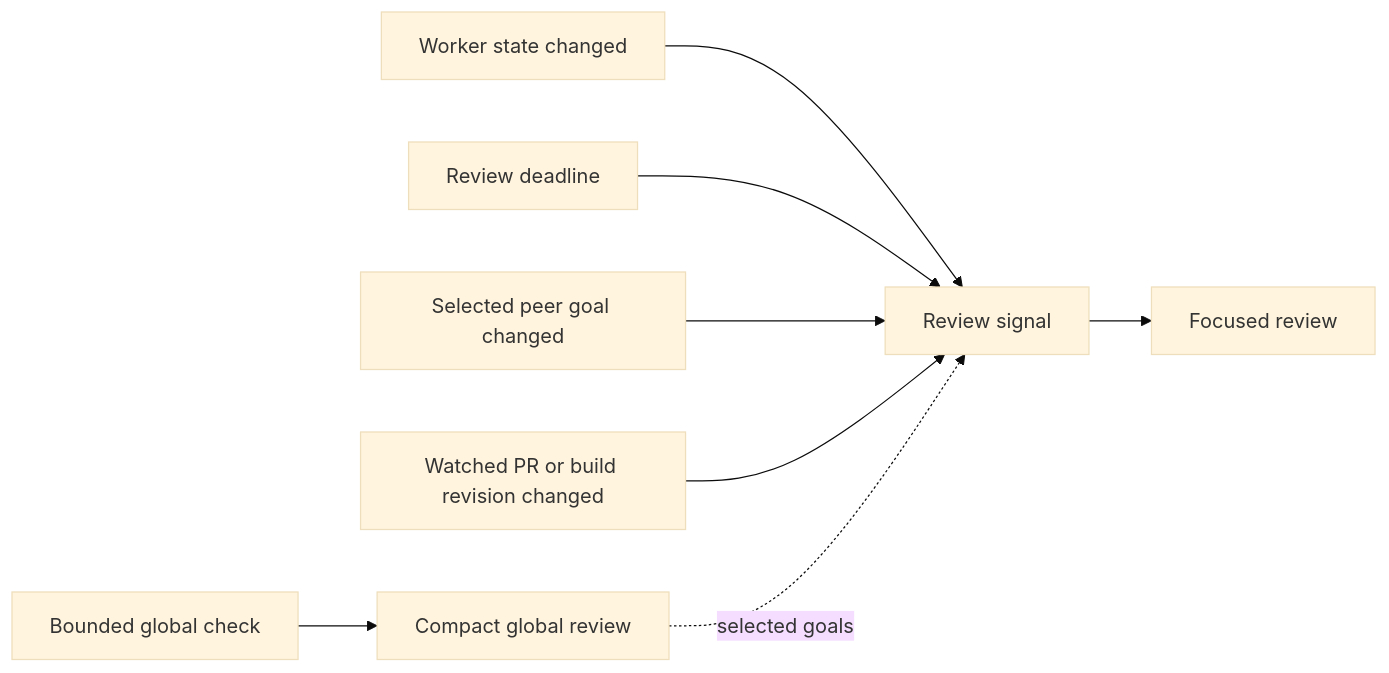
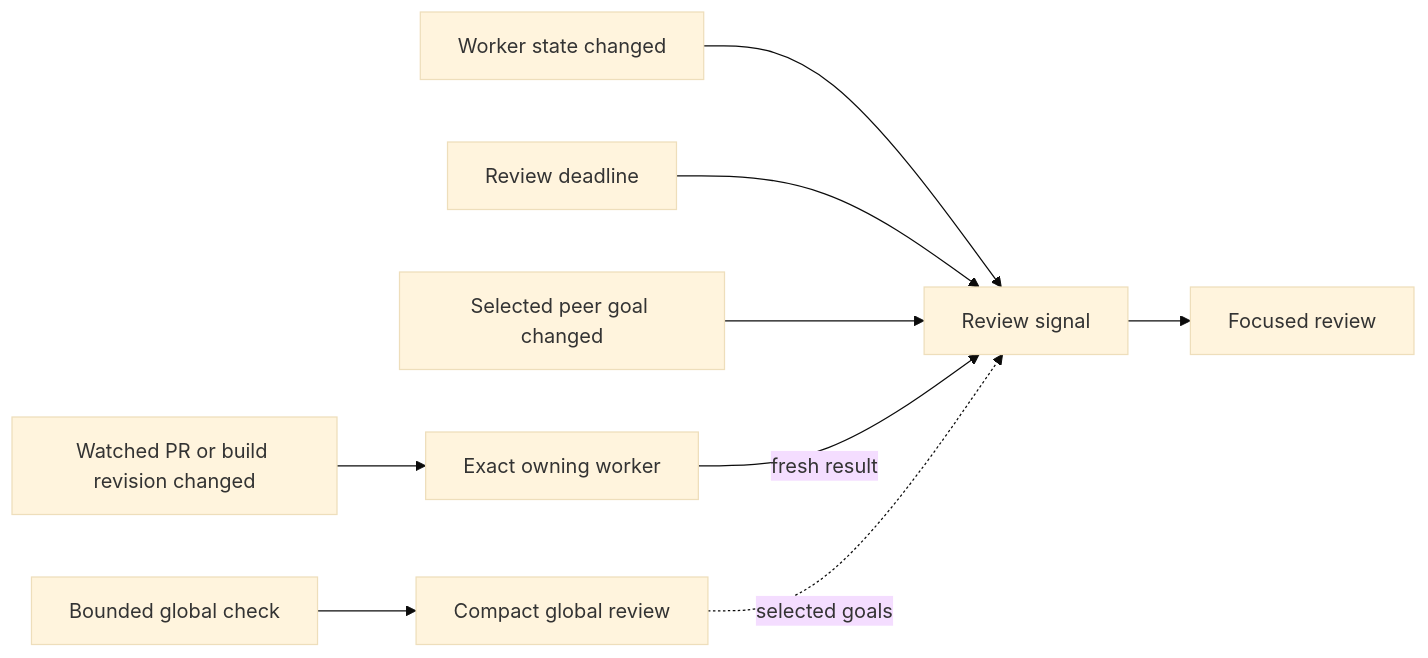
One commit to hao1939/herdr-supervisor changed the second of 4 diagrams in docs/design.md. Above: the diagram before and after it, drawn with Mermaid (base theme). The commit also changed other lines of this file and 6 other files, not shown here.

````diff
--- a/docs/design.md
+++ b/docs/design.md
@@ -116,10 +116,11 @@
 ```mermaid
 flowchart LR
     A[Worker state changed] --> Q[Review signal]
     B[Review deadline] --> Q
     C[Selected peer goal changed] --> Q
-    D[Watched PR or build revision changed] --> Q
+    D[Watched PR or build revision changed] --> W[Exact owning worker]
+    W -->|fresh result| Q
     Q --> R[Focused review]
     E[Bounded global check] --> G[Compact global review]
     G -. selected goals .-> Q
 ```
````
